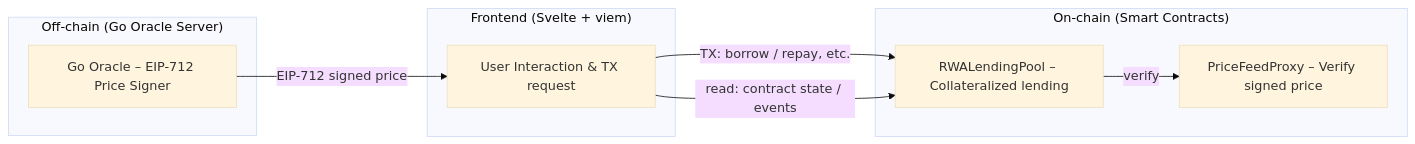
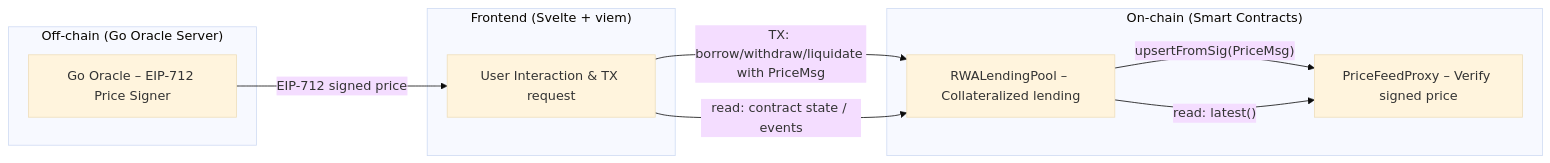
One commit to ASF4AX/rwa-lending changed the diagram in README.md. Above: the diagram before and after it, drawn with Mermaid (base theme). The commit also changed other lines of this file and 16 other files, not shown here.

````diff
--- a/README.md
+++ b/README.md
@@ -26,20 +26,21 @@
 ```mermaid
 flowchart LR
   subgraph UI["Frontend (Svelte + viem)"]
     FE["User Interaction & TX request"]
   end
 
   subgraph OR["Off-chain (Go Oracle Server)"]
     GO["Go Oracle – EIP-712 Price Signer"]
   end
 
   subgraph ON["On-chain (Smart Contracts)"]
     PF["PriceFeedProxy – Verify signed price"]
     LP["RWALendingPool – Collateralized lending"]
   end
 
   GO -->|"EIP-712 signed price"| FE
-  FE -->|"TX: borrow / repay, etc."| LP
-  LP -->|"verify"| PF
+  FE -->|"TX: borrow/withdraw/liquidate with PriceMsg"| LP
+  LP -->|"upsertFromSig(PriceMsg)"| PF
+  LP -->|"read: latest()"| PF
   FE -->|"read: contract state / events"| LP
 ```
````
